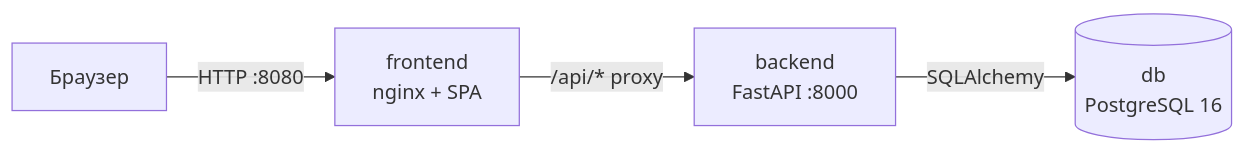
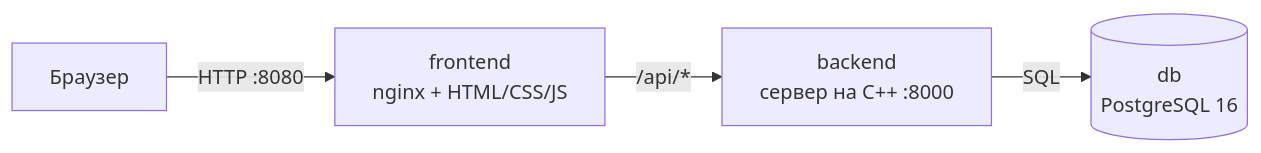
The third of 3 diagrams in docs/PROJECT.md (rustamizmajlov/lepsinsk-honey), drawn with Mermaid before and after one commit. The commit also changed other lines of this file and 44 other files, not shown here.

````diff
--- a/docs/PROJECT.md
+++ b/docs/PROJECT.md
@@ -153,6 +160,6 @@
 ```mermaid
 flowchart LR
-    B[Браузер] -->|HTTP :8080| F[frontend<br/>nginx + SPA]
-    F -->|/api/* proxy| A[backend<br/>FastAPI :8000]
-    A -->|SQLAlchemy| D[(db<br/>PostgreSQL 16)]
+    B[Браузер] -->|HTTP :8080| F[frontend<br/>nginx + HTML/CSS/JS]
+    F -->|/api/* | A[backend<br/>сервер на C++ :8000]
+    A -->|SQL| D[(db<br/>PostgreSQL 16)]
 ```
````
